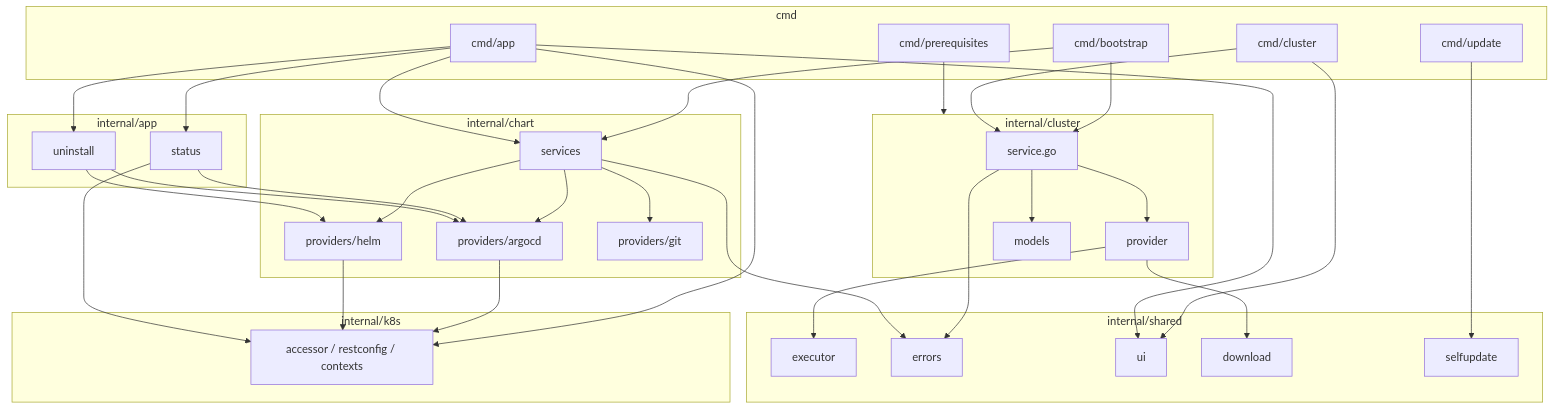
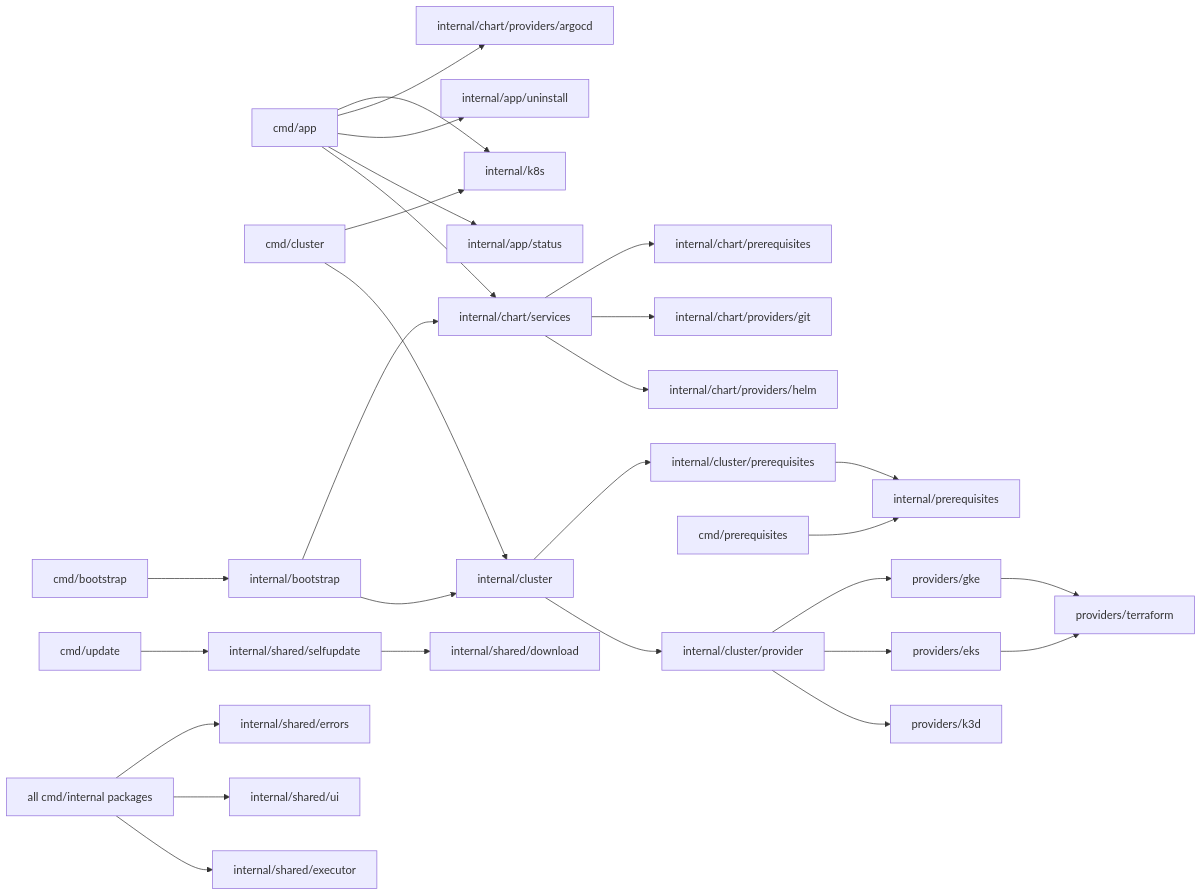
Before and after one commit to flamingo-stack/openframe-cli: the third of 5 diagrams in docs/development/architecture/README.md, drawn with Mermaid. The commit also changed other lines of this file and 27 other files, not shown here.

````diff
--- a/docs/development/architecture/README.md
+++ b/docs/development/architecture/README.md
@@ -117,71 +104,36 @@
 ```mermaid
-graph TB
-    subgraph cmd
-        CmdCluster[cmd/cluster]
-        CmdApp[cmd/app]
-        CmdBootstrap[cmd/bootstrap]
-        CmdPrereq[cmd/prerequisites]
-        CmdUpdate[cmd/update]
-    end
+graph LR
+    cmdApp["cmd/app"] --> chartServices["internal/chart/services"]
+    cmdApp --> appStatus["internal/app/status"]
+    cmdApp --> appUninstall["internal/app/uninstall"]
+    cmdApp --> argocdProvider["internal/chart/providers/argocd"]
 
-    subgraph internal_cluster["internal/cluster"]
-        ClusterService[service.go]
-        ClusterProvider[provider]
-        ClusterModels[models]
-    end
+    cmdCluster["cmd/cluster"] --> clusterPkg["internal/cluster"]
+    clusterPkg --> clusterProvider["internal/cluster/provider"]
+    clusterProvider --> k3dProv["providers/k3d"]
+    clusterProvider --> eksProv["providers/eks"]
+    clusterProvider --> gkeProv["providers/gke"]
+    eksProv --> terraformProv["providers/terraform"]
+    gkeProv --> terraformProv
 
-    subgraph internal_chart["internal/chart"]
-        ChartService[services]
-        ChartArgoCD[providers/argocd]
-        ChartHelm[providers/helm]
-        ChartGit[providers/git]
-    end
+    cmdBootstrap["cmd/bootstrap"] --> bootstrapSvc["internal/bootstrap"]
+    bootstrapSvc --> clusterPkg
+    bootstrapSvc --> chartServices
 
-    subgraph internal_app["internal/app"]
-        AppStatus[status]
-        AppUninstall[uninstall]
-    end
+    chartServices --> helmProvider["internal/chart/providers/helm"]
+    chartServices --> gitProvider["internal/chart/providers/git"]
+    chartServices --> chartPrereq["internal/chart/prerequisites"]
 
-    subgraph internal_shared["internal/shared"]
-        Executor[executor]
-        Errors[errors]
-        UI[ui]
-        Download[download]
-        SelfUpdate[selfupdate]
-    end
+    cmdPrereq["cmd/prerequisites"] --> prereqFw["internal/prerequisites"]
+    clusterPkg --> clusterPrereqSets["internal/cluster/prerequisites"]
+    clusterPrereqSets --> prereqFw
 
-    subgraph internal_k8s["internal/k8s"]
-        K8sAccess["accessor / restconfig / contexts"]
-    end
+    cmdUpdate["cmd/update"] --> selfupdate["internal/shared/selfupdate"]
+    selfupdate --> download["internal/shared/download"]
 
-    CmdBootstrap --> ClusterService
-    CmdBootstrap --> ChartService
-    CmdCluster --> ClusterService
-    CmdApp --> ChartService
-    CmdApp --> AppStatus
-    CmdApp --> AppUninstall
-    CmdApp --> K8sAccess
-    CmdPrereq --> internal_cluster
-    CmdUpdate --> SelfUpdate
-
-    ClusterService --> ClusterProvider
-    ClusterService --> ClusterModels
-    ClusterProvider --> Executor
-
-    ChartService --> ChartArgoCD
-    ChartService --> ChartHelm
-    ChartService --> ChartGit
-    ChartArgoCD --> K8sAccess
-    ChartHelm --> K8sAccess
-
-    AppStatus --> ChartArgoCD
-    AppStatus --> K8sAccess
-    AppUninstall --> ChartArgoCD
-    AppUninstall --> ChartHelm
-
-    ClusterService --> Errors
-    ChartService --> Errors
-    CmdCluster --> UI
-    CmdApp --> UI
-    ClusterProvider --> Download
+    everything["all cmd/internal packages"] --> executor["internal/shared/executor"]
+    everything --> sharedUI["internal/shared/ui"]
+    everything --> sharedErrors["internal/shared/errors"]
+    cmdCluster --> k8sPkg["internal/k8s"]
+    cmdApp --> k8sPkg
 ```
````
